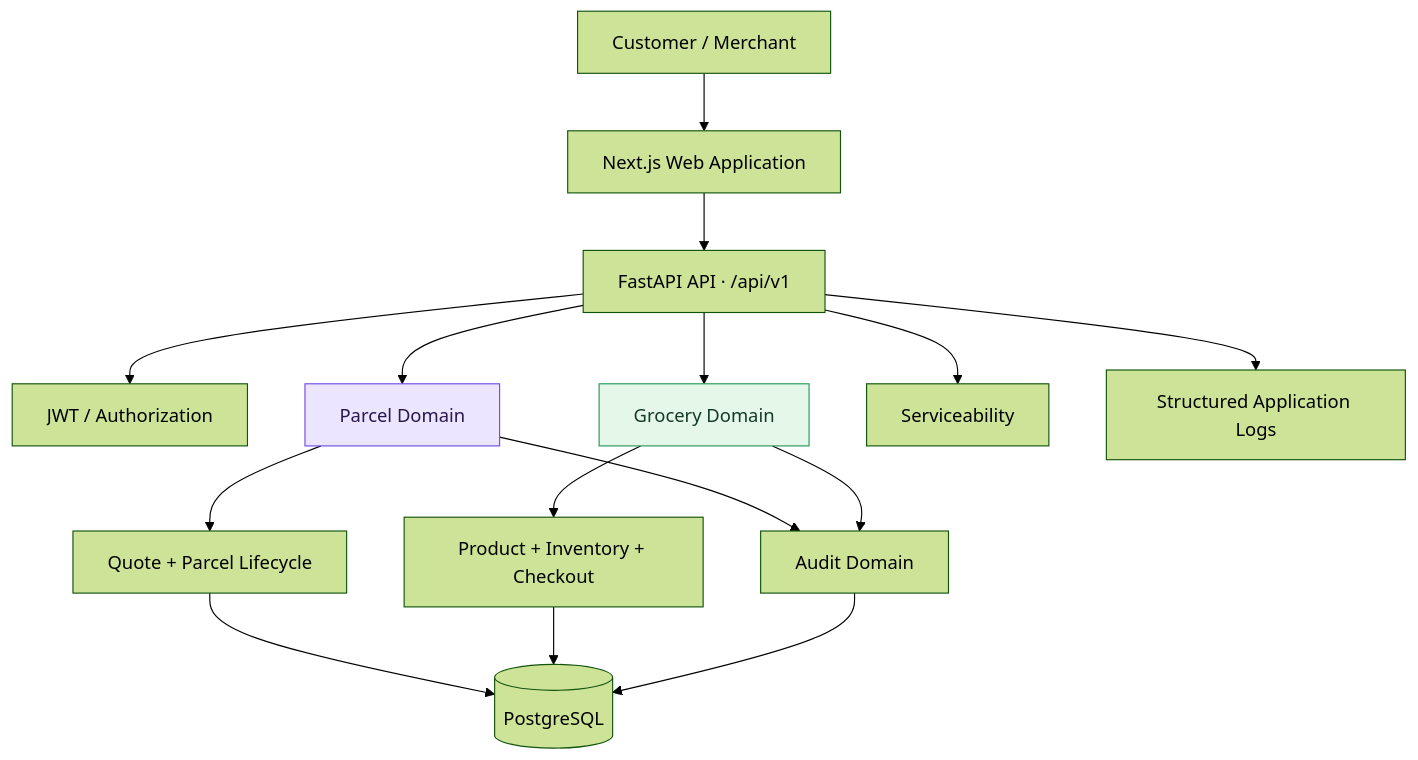
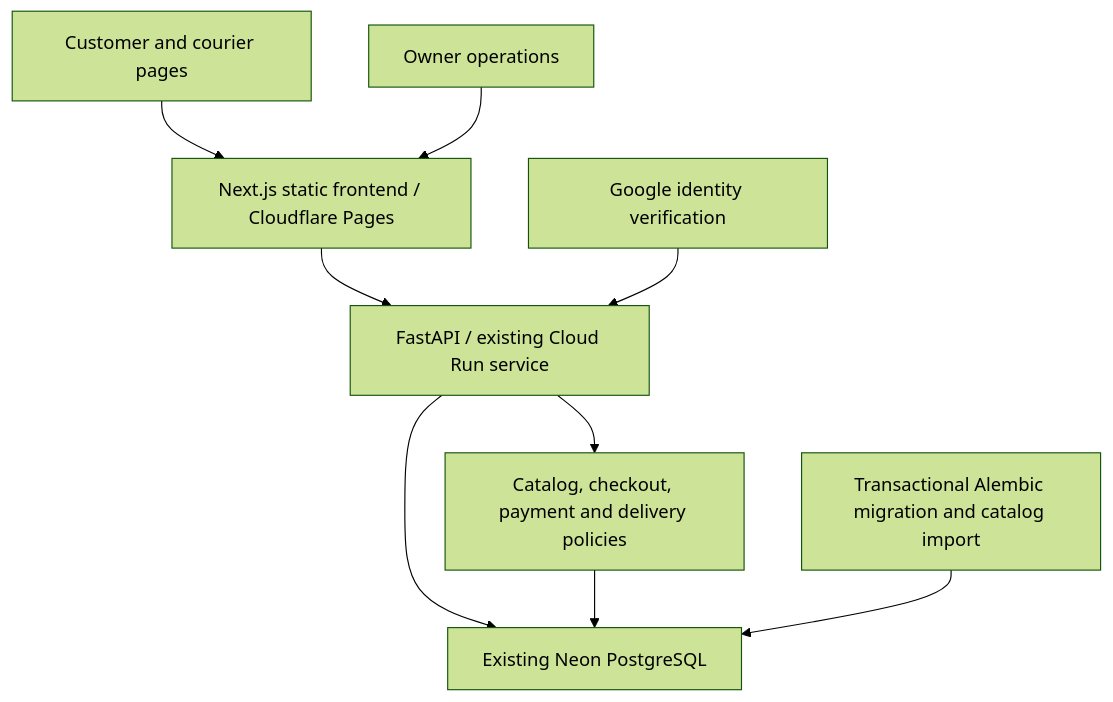
The first of 2 diagrams in README.md (hossain0707/Trippy-Delivery-), drawn with Mermaid (forest theme) before and after one commit. The commit also changed other lines of this file and 61 other files, not shown here.

First line of the commit message:
Add persistent grocery, parcel and owner commerce operations (#11)

````diff
--- a/README.md
+++ b/README.md
@@ -40,19 +26,11 @@
-~~~mermaid
-flowchart TB
-    User["Customer / Merchant"] --> Web["Next.js Web Application"]
-    Web --> API["FastAPI API · /api/v1"]
-    API --> Auth["JWT / Authorization"]
-    API --> Parcels["Parcel Domain"]
-    API --> Groceries["Grocery Domain"]
-    API --> Locations["Serviceability"]
-    Parcels --> Pricing["Quote + Parcel Lifecycle"]
-    Groceries --> Stock["Product + Inventory + Checkout"]
-    Parcels --> Audit["Audit Domain"]
-    Groceries --> Audit
-    Pricing --> Postgres[("PostgreSQL")]
-    Stock --> Postgres
-    Audit --> Postgres
-    API --> Logs["Structured Application Logs"]
-    style Parcels fill:#ece5ff,stroke:#714ce3,color:#28174e
-    style Groceries fill:#e4f7e9,stroke:#279957,color:#153a22
-~~~
+```mermaid
+flowchart TD
+    Customer["Customer and courier pages"] --> Web["Next.js static frontend / Cloudflare Pages"]
+    Owner["Owner operations"] --> Web
+    Web --> API["FastAPI / existing Cloud Run service"]
+    Google["Google identity verification"] --> API
+    API --> DB["Existing Neon PostgreSQL"]
+    API --> Policies["Catalog, checkout, payment and delivery policies"]
+    Policies --> DB
+    Migration["Transactional Alembic migration and catalog import"] --> DB
+```
````
